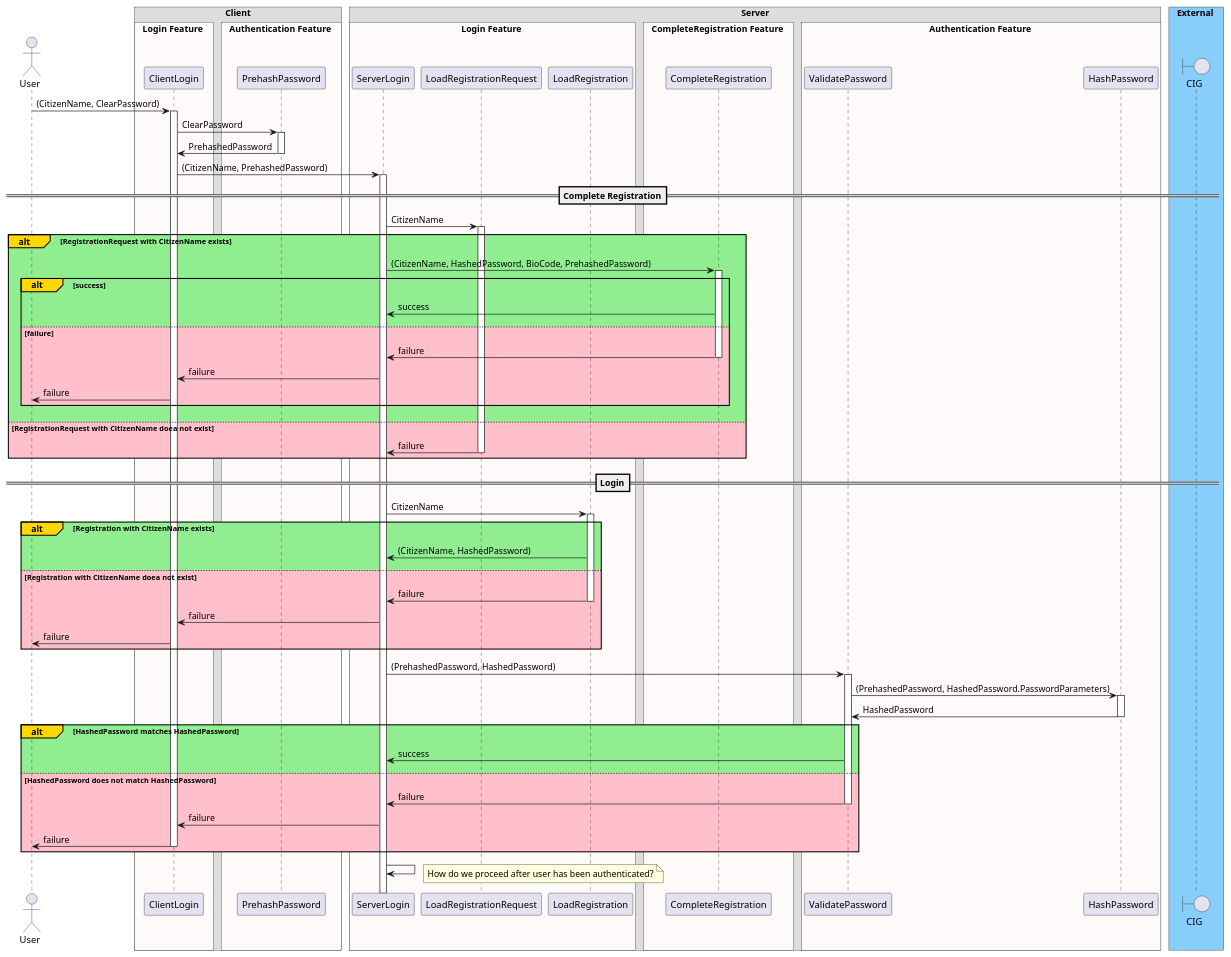
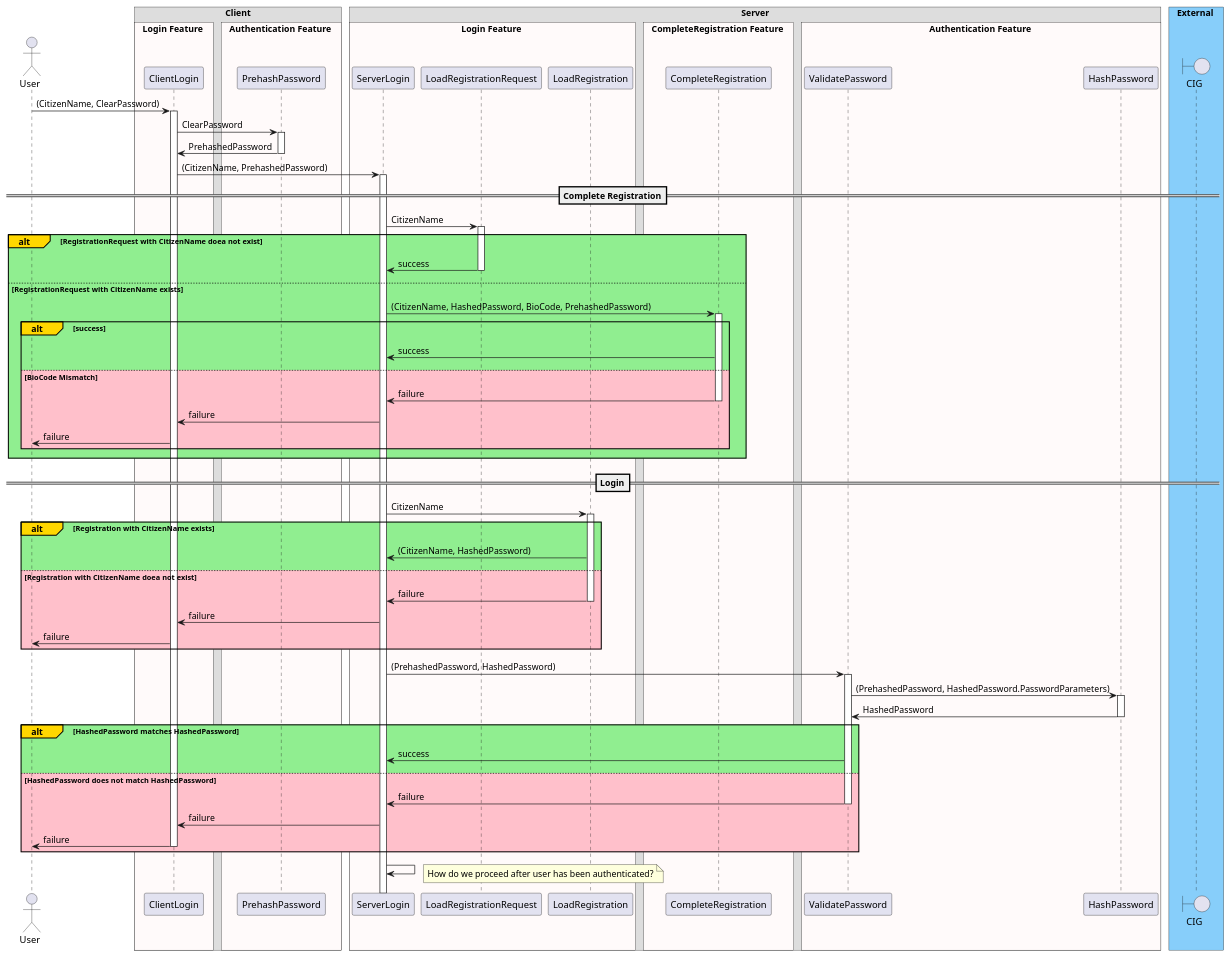
The diagram in CitizenBank/Features/Authentication/Login/Sequence.puml (PaulBraetz/CitizenBank), drawn with PlantUML before and after one commit. The commit also changed 212 other files, not shown here.

```diff
--- a/CitizenBank/Features/Authentication/Login/Sequence.puml
+++ b/CitizenBank/Features/Authentication/Login/Sequence.puml
@@ -1,100 +1,99 @@
 @startuml
 
 !pragma teoz true
 
 actor User
 
 box Client
 box Login Feature #Snow
 participant ClientLogin
 end box
 
 box Authentication Feature #Snow
 participant PrehashPassword
 end box
 end box
 
 box Server
 box Login Feature #Snow
 participant ServerLogin
 participant LoadRegistrationRequest
 participant LoadRegistration
 end box
 
 box CompleteRegistration Feature #Snow
 participant CompleteRegistration
 end box
 
 box Authentication Feature #Snow
 participant ValidatePassword
 participant HashPassword
 end box
 end box
 
 box External #LightSkyBlue
 boundary CIG
 end box
 
 User -> ClientLogin: (CitizenName, ClearPassword)
 activate ClientLogin
 ClientLogin -> PrehashPassword: ClearPassword
 activate PrehashPassword
 PrehashPassword -> ClientLogin: PrehashedPassword
 deactivate PrehashPassword
 
 ClientLogin -> ServerLogin: (CitizenName, PrehashedPassword)
 activate ServerLogin
 
 ==Complete Registration==
-
 ServerLogin -> LoadRegistrationRequest: CitizenName
 activate LoadRegistrationRequest
-alt#Gold #LightGreen RegistrationRequest with CitizenName exists
+alt#Gold #LightGreen RegistrationRequest with CitizenName doea not exist
+    LoadRegistrationRequest -> ServerLogin: success
+    deactivate LoadRegistrationRequest
+else #LightGreen RegistrationRequest with CitizenName exists
     ServerLogin -> CompleteRegistration: (CitizenName, HashedPassword, BioCode, PrehashedPassword)
     activate CompleteRegistration
     alt#Gold #LightGreen success
         CompleteRegistration -> ServerLogin: success
-    else #Pink failure
+    else #Pink BioCode Mismatch
         CompleteRegistration -> ServerLogin: failure
         deactivate CompleteRegistration
         ServerLogin -> ClientLogin: failure
         ClientLogin -> User: failure
     end
-else #Pink RegistrationRequest with CitizenName doea not exist
-    LoadRegistrationRequest -> ServerLogin: failure
-    deactivate LoadRegistrationRequest
 end
 
 ==Login==
 
 ServerLogin -> LoadRegistration: CitizenName
 activate LoadRegistration
 alt#Gold #LightGreen Registration with CitizenName exists
     LoadRegistration -> ServerLogin: (CitizenName, HashedPassword)
 else #Pink Registration with CitizenName doea not exist
     LoadRegistration -> ServerLogin: failure
     deactivate LoadRegistration
     ServerLogin -> ClientLogin: failure
     ClientLogin -> User: failure
 end
 ServerLogin -> ValidatePassword: (PrehashedPassword, HashedPassword)
 activate ValidatePassword
 ValidatePassword -> HashPassword: (PrehashedPassword, HashedPassword.PasswordParameters)
 activate HashPassword
 HashPassword -> ValidatePassword: HashedPassword
 deactivate HashPassword
 alt#Gold #LightGreen HashedPassword matches HashedPassword
     ValidatePassword -> ServerLogin: success
 else #Pink HashedPassword does not match HashedPassword
     ValidatePassword -> ServerLogin: failure
     deactivate ValidatePassword
     ServerLogin -> ClientLogin: failure
     'deactivate ServerLogin
     ClientLogin -> User: failure
     deactivate ClientLogin
     
 end
 ServerLogin -> ServerLogin
 note right: How do we proceed after user has been authenticated?
 
 @enduml
```
